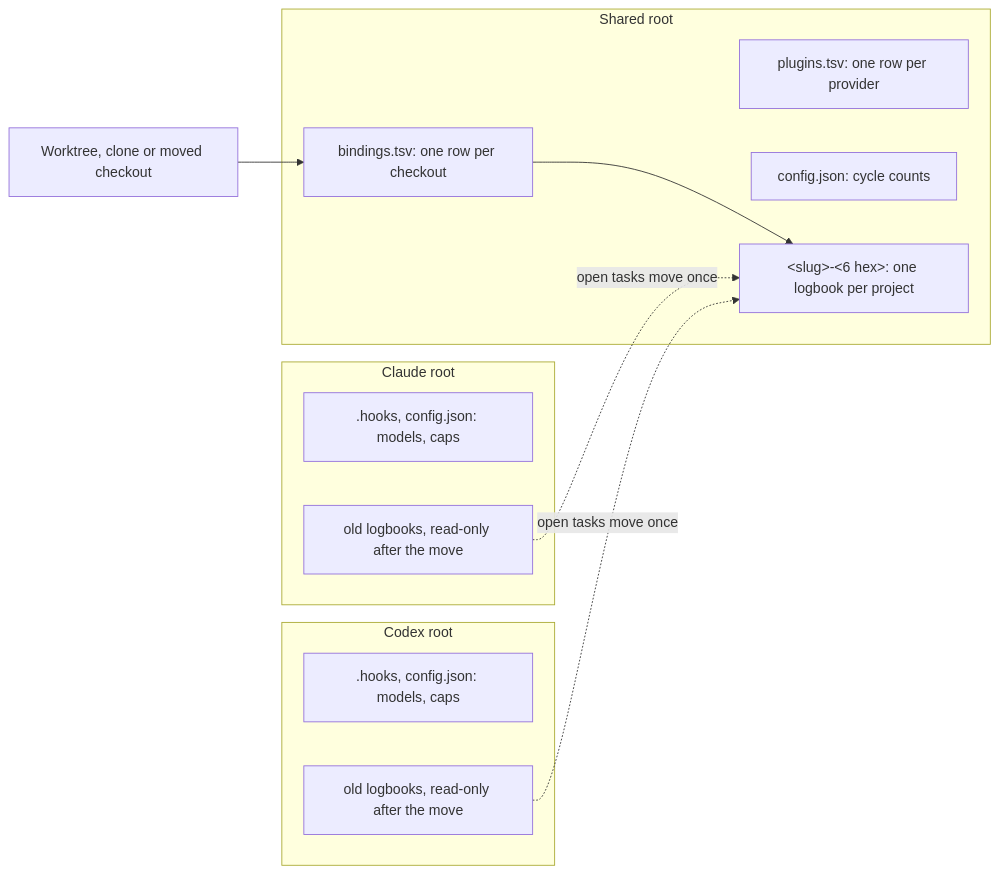
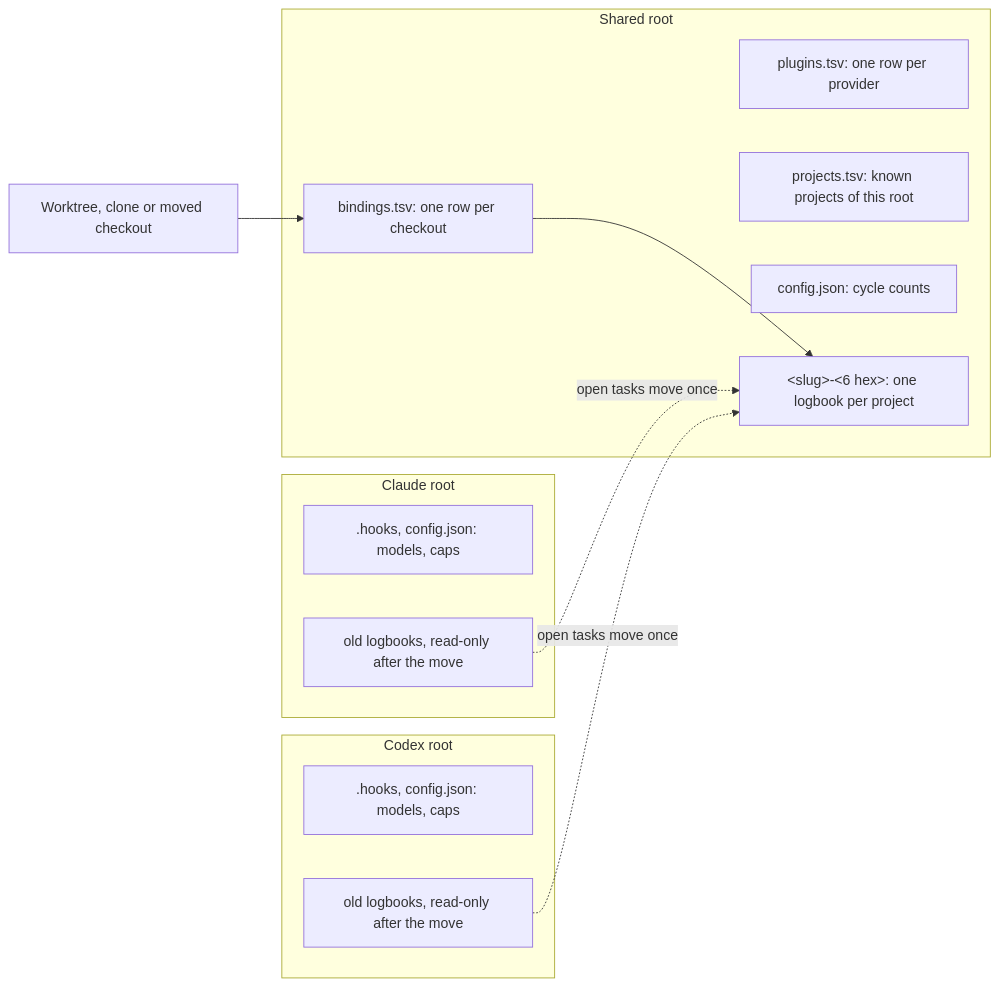
One commit to erickb336/sage changed the first of 2 diagrams in design/T306/design-notes.md. Above: the diagram before and after it, drawn with Mermaid. The commit also changed other lines of this file and 1 other file, not shown here.

````diff
--- a/design/T306/design-notes.md
+++ b/design/T306/design-notes.md
@@ -43,20 +94,21 @@
 ```mermaid
 flowchart LR
   subgraph S["Shared root"]
     B["bindings.tsv: one row per checkout"]
     PL["plugins.tsv: one row per provider"]
+    PT["projects.tsv: known projects of this root"]
     SC["config.json: cycle counts"]
     L["&lt;slug&gt;-&lt;6 hex&gt;: one logbook per project"]
   end
   subgraph C["Claude root"]
     CH[".hooks, config.json: models, caps"]
     CO["old logbooks, read-only after the move"]
   end
   subgraph X["Codex root"]
     XH[".hooks, config.json: models, caps"]
     XO["old logbooks, read-only after the move"]
   end
   W["Worktree, clone or moved checkout"] --> B --> L
   CO -. "open tasks move once" .-> L
   XO -. "open tasks move once" .-> L
 ```
````
